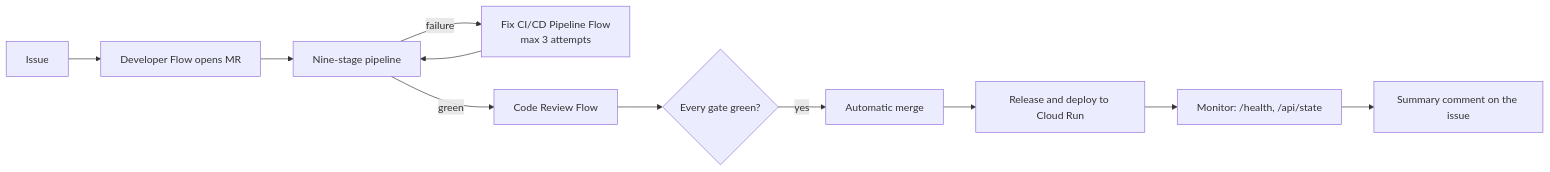
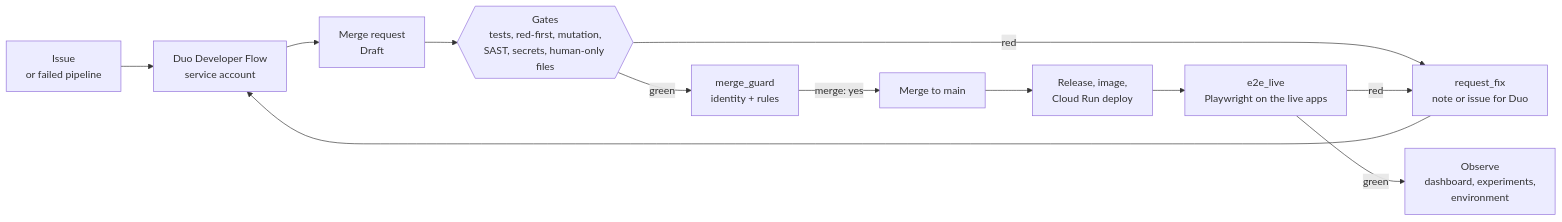
One commit to agustindiazcano/afaw-engine-gitlab changed the first of 2 diagrams in README.md. Above: the diagram before and after it, drawn with Mermaid. The commit also changed other lines of this file and 3 other files, not shown here.

Commit message:
docs(task_104): hands-off method diagrams; README loop shows what runs

````diff
--- a/README.md
+++ b/README.md
@@ -68,13 +69,14 @@
 ```mermaid
 flowchart LR
-    I[Issue] --> D[Developer Flow opens MR]
-    D --> P[Nine-stage pipeline]
-    P -- failure --> F[Fix CI/CD Pipeline Flow<br/>max 3 attempts]
-    F --> P
-    P -- green --> R[Code Review Flow]
-    R --> G{Every gate green?}
-    G -- yes --> M[Automatic merge]
-    M --> L[Release and deploy to Cloud Run]
-    L --> O[Monitor: /health, /api/state]
-    O --> C[Summary comment on the issue]
+    I[Issue<br/>or failed pipeline] --> D[Duo Developer Flow<br/>service account]
+    D --> MR[Merge request<br/>Draft]
+    MR --> G{{Gates<br/>tests, red-first, mutation,<br/>SAST, secrets, human-only files}}
+    G -- red --> RF[request_fix<br/>note or issue for Duo]
+    RF --> D
+    G -- green --> MG[merge_guard<br/>identity + rules]
+    MG -- merge: yes --> M[Merge to main]
+    M --> R[Release, image,<br/>Cloud Run deploy]
+    R --> E[e2e_live<br/>Playwright on the live apps]
+    E -- red --> RF
+    E -- green --> O[Observe<br/>dashboard, experiments,<br/>environment]
 ```
````
